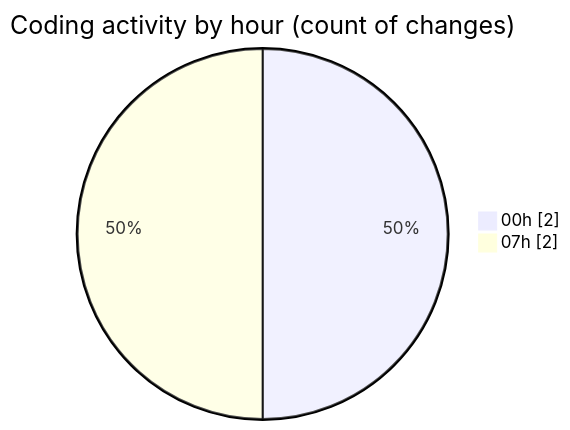
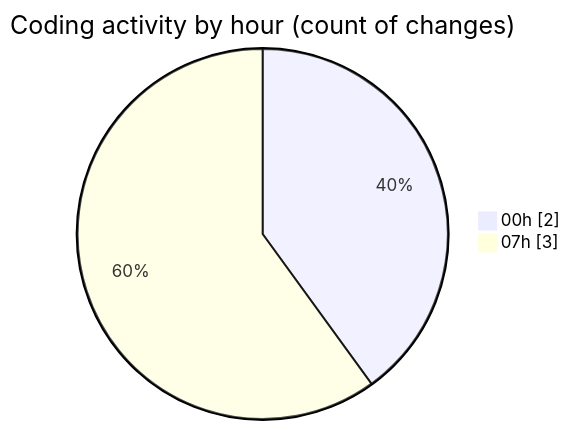
One commit to donsfak/code-tracking changed the second of 2 diagrams in 2025-02-10/maps_clone/README.md. Above: the diagram before and after it, drawn with Mermaid. The commit also changed other lines of this file and 1 other file, not shown here.

````diff
--- a/2025-02-10/maps_clone/README.md
+++ b/2025-02-10/maps_clone/README.md
@@ -28,6 +28,6 @@
 ```mermaid
 pie showData
 title Coding activity by hour (count of changes)
 "00h" : 2
-"07h" : 2
+"07h" : 3
 ```
````
